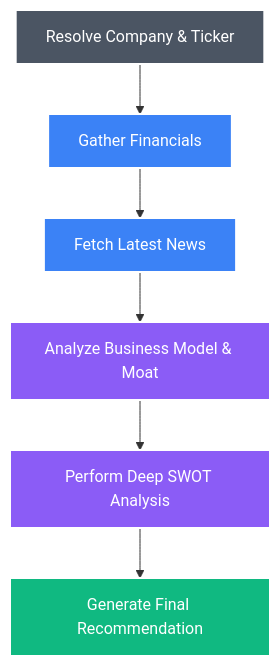
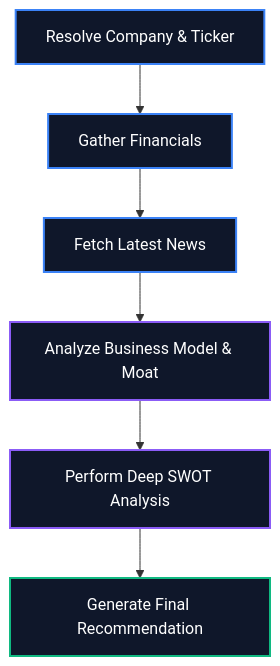
The diagram in README.md (shubhamkumar-git01/ai-investment-research-agent), drawn with Mermaid before and after one commit. The commit also changed other lines of this file, not shown here.

````diff
--- a/README.md
+++ b/README.md
@@ -42,15 +49,15 @@
 ```mermaid
 graph TD
     A[Resolve Company & Ticker] --> B[Gather Financials]
     B --> C[Fetch Latest News]
     C --> D[Analyze Business Model & Moat]
     D --> E[Perform Deep SWOT Analysis]
     E --> F[Generate Final Recommendation]
     
-    style A fill:#4b5563,stroke:#fff,stroke-width:2px,color:#fff
-    style B fill:#3b82f6,stroke:#fff,stroke-width:2px,color:#fff
-    style C fill:#3b82f6,stroke:#fff,stroke-width:2px,color:#fff
-    style D fill:#8b5cf6,stroke:#fff,stroke-width:2px,color:#fff
-    style E fill:#8b5cf6,stroke:#fff,stroke-width:2px,color:#fff
-    style F fill:#10b981,stroke:#fff,stroke-width:2px,color:#fff
+    style A fill:#0f172a,stroke:#3b82f6,stroke-width:2px,color:#fff
+    style B fill:#0f172a,stroke:#3b82f6,stroke-width:2px,color:#fff
+    style C fill:#0f172a,stroke:#3b82f6,stroke-width:2px,color:#fff
+    style D fill:#0f172a,stroke:#8b5cf6,stroke-width:2px,color:#fff
+    style E fill:#0f172a,stroke:#8b5cf6,stroke-width:2px,color:#fff
+    style F fill:#0f172a,stroke:#10b981,stroke-width:2px,color:#fff
 ```
````
